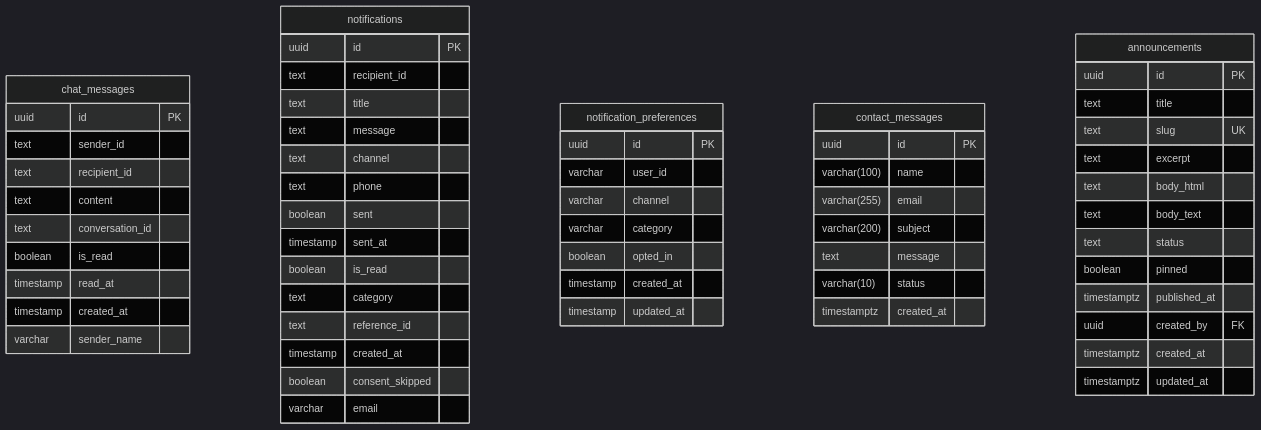
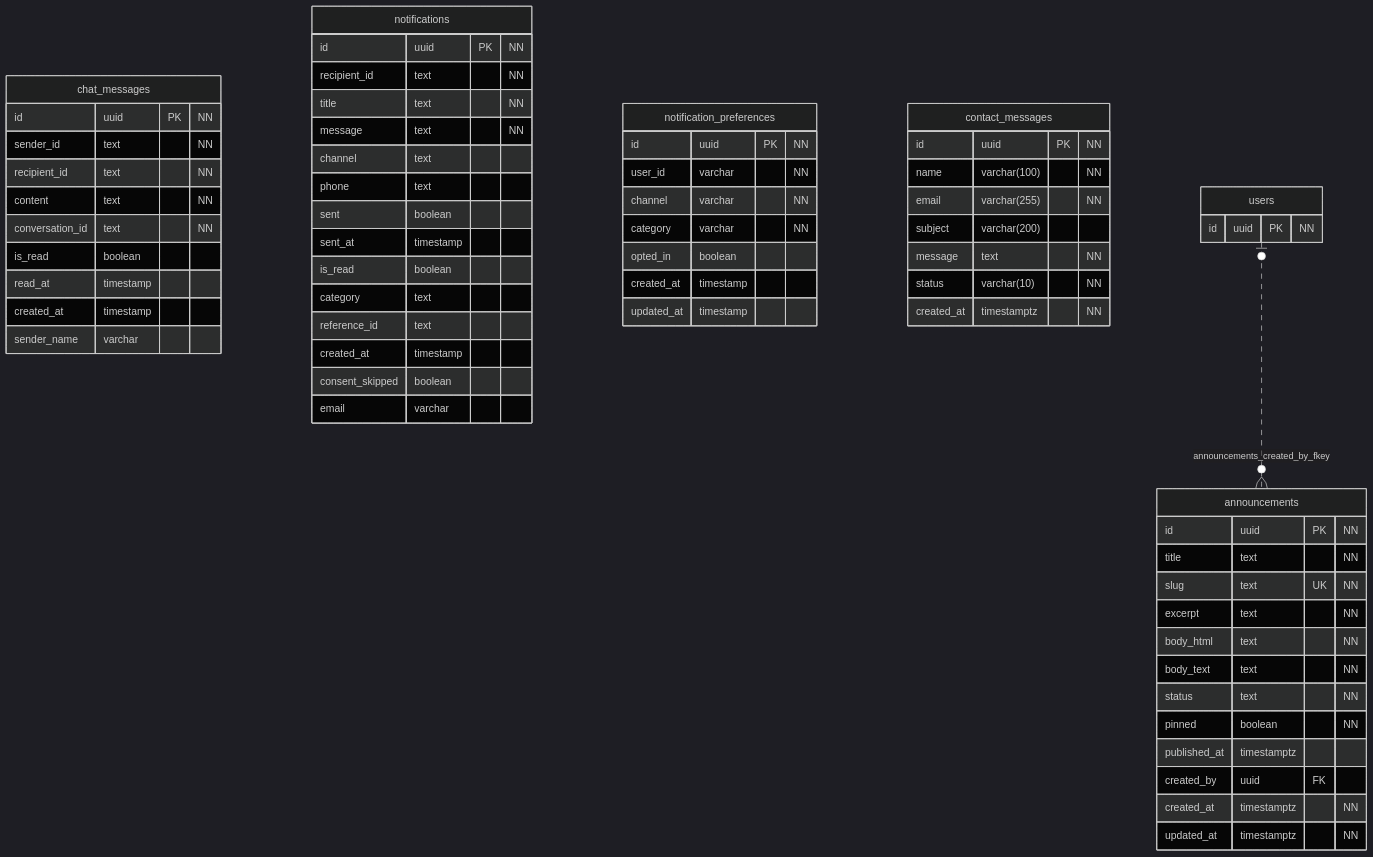
Diagram 11 of 12 in docs/diagrams/06-erd.md (urlsalimbot/THESIS1-KAPWA), drawn with Mermaid (dark theme) before and after one commit. The commit also changed other lines of this file and 2 other files, not shown here.

First line of the commit message:
docs(diagrams): rework the ERD into Oracle physical notation, generated

````diff
--- a/docs/diagrams/06-erd.md
+++ b/docs/diagrams/06-erd.md
@@ -1830,67 +864,67 @@
 ```mermaid
 erDiagram
+    direction TB
     "chat_messages" {
-        uuid id PK
-        text sender_id
-        text recipient_id
-        text content
-        text conversation_id
-        boolean is_read
-        timestamp read_at
-        timestamp created_at
-        varchar sender_name
+        id uuid PK "NN"
+        sender_id text "NN"
+        recipient_id text "NN"
+        content text "NN"
+        conversation_id text "NN"
+        is_read boolean
+        read_at timestamp
+        created_at timestamp
+        sender_name varchar
     }
-
     "notifications" {
-        uuid id PK
-        text recipient_id
-        text title
-        text message
-        text channel
-        text phone
-        boolean sent
-        timestamp sent_at
-        boolean is_read
-        text category
-        text reference_id
-        timestamp created_at
-        boolean consent_skipped
-        varchar email
+        id uuid PK "NN"
+        recipient_id text "NN"
+        title text "NN"
+        message text "NN"
+        channel text
+        phone text
+        sent boolean
+        sent_at timestamp
+        is_read boolean
+        category text
+        reference_id text
+        created_at timestamp
+        consent_skipped boolean
+        email varchar
     }
-
     "notification_preferences" {
-        uuid id PK
-        varchar user_id
-        varchar channel
-        varchar category
-        boolean opted_in
-        timestamp created_at
-        timestamp updated_at
+        id uuid PK "NN"
+        user_id varchar "NN"
+        channel varchar "NN"
+        category varchar "NN"
+        opted_in boolean
+        created_at timestamp
+        updated_at timestamp
     }
-
     "contact_messages" {
-        uuid id PK
-        varchar(100) name
-        varchar(255) email
-        varchar(200) subject
-        text message
-        varchar(10) status
-        timestamptz created_at
+        id uuid PK "NN"
+        name varchar(100) "NN"
+        email varchar(255) "NN"
+        subject varchar(200)
+        message text "NN"
+        status varchar(10) "NN"
+        created_at timestamptz "NN"
     }
-
     "announcements" {
-        uuid id PK
-        text title
-        text slug UK
-        text excerpt
-        text body_html
-        text body_text
-        text status
-        boolean pinned
-        timestamptz published_at
-        uuid created_by FK
-        timestamptz created_at
-        timestamptz updated_at
+        id uuid PK "NN"
+        title text "NN"
+        slug text UK "NN"
+        excerpt text "NN"
+        body_html text "NN"
+        body_text text "NN"
+        status text "NN"
+        pinned boolean "NN"
+        published_at timestamptz
+        created_by uuid FK
+        created_at timestamptz "NN"
+        updated_at timestamptz "NN"
     }
-
+    "users" {
+        id uuid PK "NN"
+    }
+    "users" o|..o{ "announcements" : "announcements_created_by_fkey"
 ```
````
